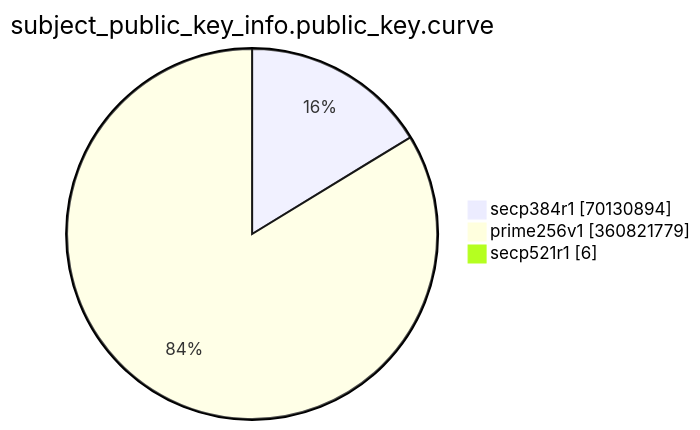
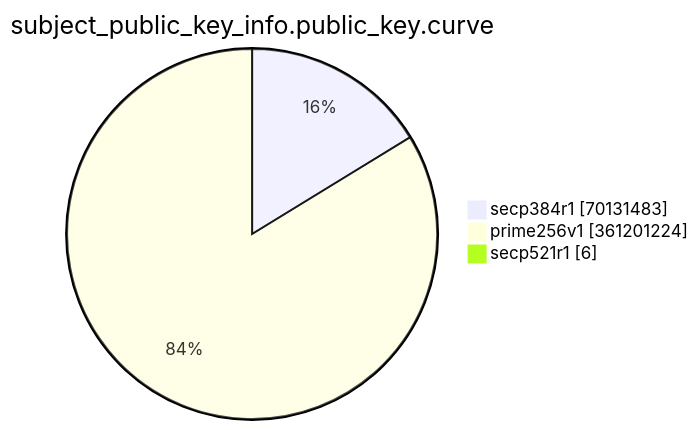
The eighth of 15 diagrams in TOTAL/README.md (christiankrug/ctmonitor_visualization), drawn with Mermaid before and after one commit. The commit also changed other lines of this file, not shown here.

````diff
--- a/TOTAL/README.md
+++ b/TOTAL/README.md
@@ -3086,7 +3086,7 @@
 ```mermaid
 pie showData
 title subject_public_key_info.public_key.curve
-"secp384r1" :70130894
-"prime256v1" :360821779
+"secp384r1" :70131483
+"prime256v1" :361201224
 "secp521r1" :6
 ```
````
